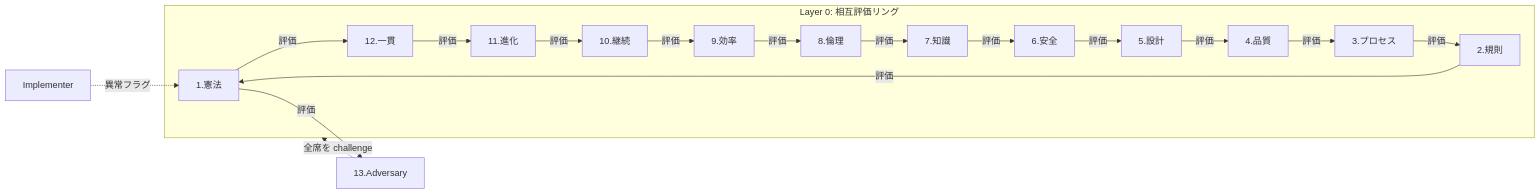
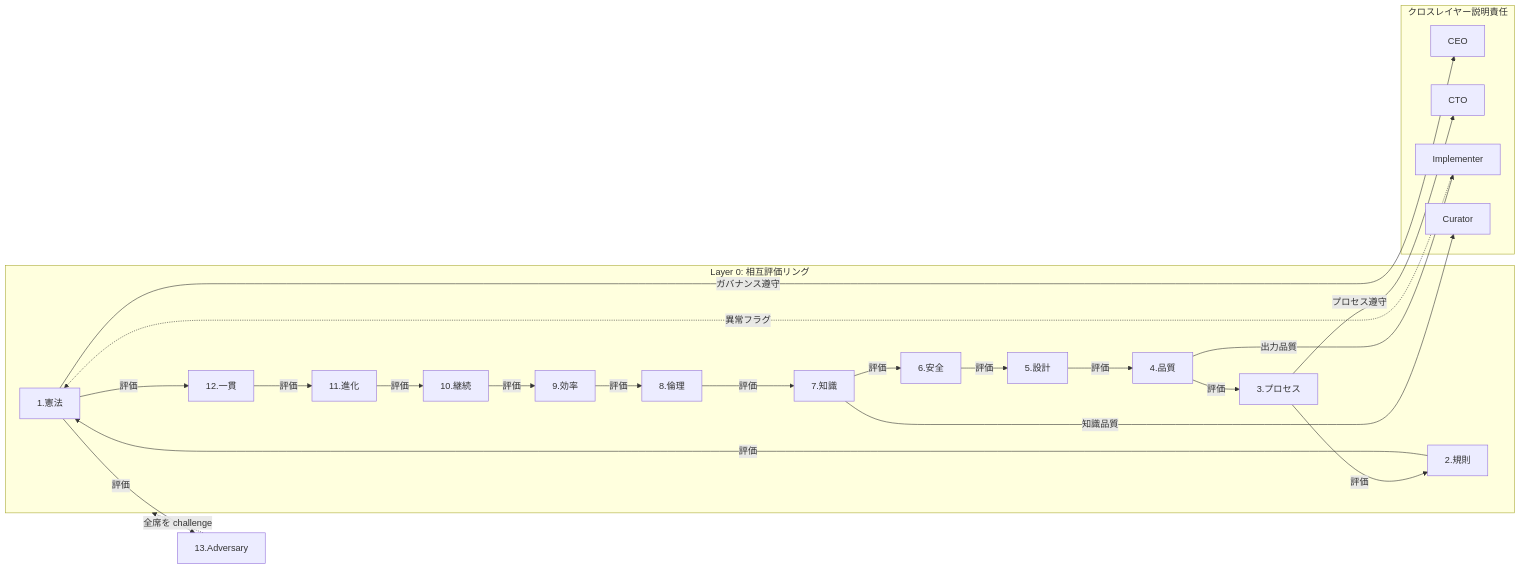
One commit to x6kage/arche changed the eighth of 12 diagrams in docs/papers/001-governance-theory/ja.md. Above: the diagram before and after it, drawn with Mermaid. The commit also changed other lines of this file and 42 other files, not shown here.

````diff
--- a/docs/papers/001-governance-theory/ja.md
+++ b/docs/papers/001-governance-theory/ja.md
@@ -304,20 +357,28 @@
 ```mermaid
 graph LR
     subgraph Ring ["Layer 0: 相互評価リング"]
         S1["1.憲法"] -->|"評価"| S12["12.一貫"]
         S2["2.規則"] -->|"評価"| S1
         S3["3.プロセス"] -->|"評価"| S2
         S4["4.品質"] -->|"評価"| S3
         S5["5.設計"] -->|"評価"| S4
         S6["6.安全"] -->|"評価"| S5
         S7["7.知識"] -->|"評価"| S6
         S8["8.倫理"] -->|"評価"| S7
         S9["9.効率"] -->|"評価"| S8
         S10["10.継続"] -->|"評価"| S9
         S11["11.進化"] -->|"評価"| S10
         S12 -->|"評価"| S11
     end
     ADV["13.Adversary"] -.->|"全席を challenge"| Ring
     S1 -->|"評価"| ADV
-    IMPL["Implementer"] -.->|"異常フラグ"| S1
+
+    subgraph Cross ["クロスレイヤー説明責任"]
+        S1 -->|"ガバナンス遵守"| CEO["CEO"]
+        S3 -->|"プロセス遵守"| CTO["CTO"]
+        S4 -->|"出力品質"| IMPL["Implementer"]
+        S7 -->|"知識品質"| CUR["Curator"]
+    end
+
+    IMPL -.->|"異常フラグ"| S1
 ```
````
